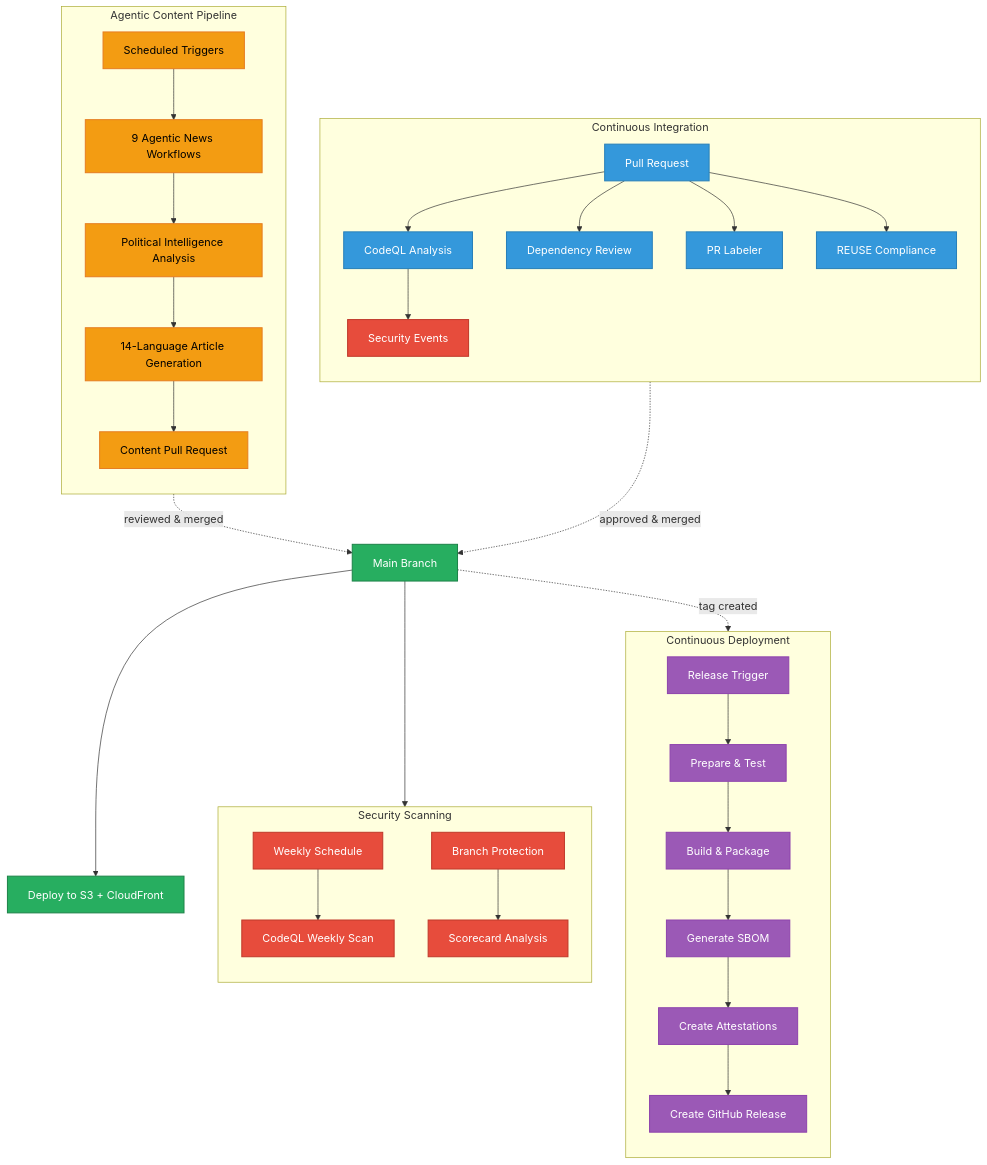
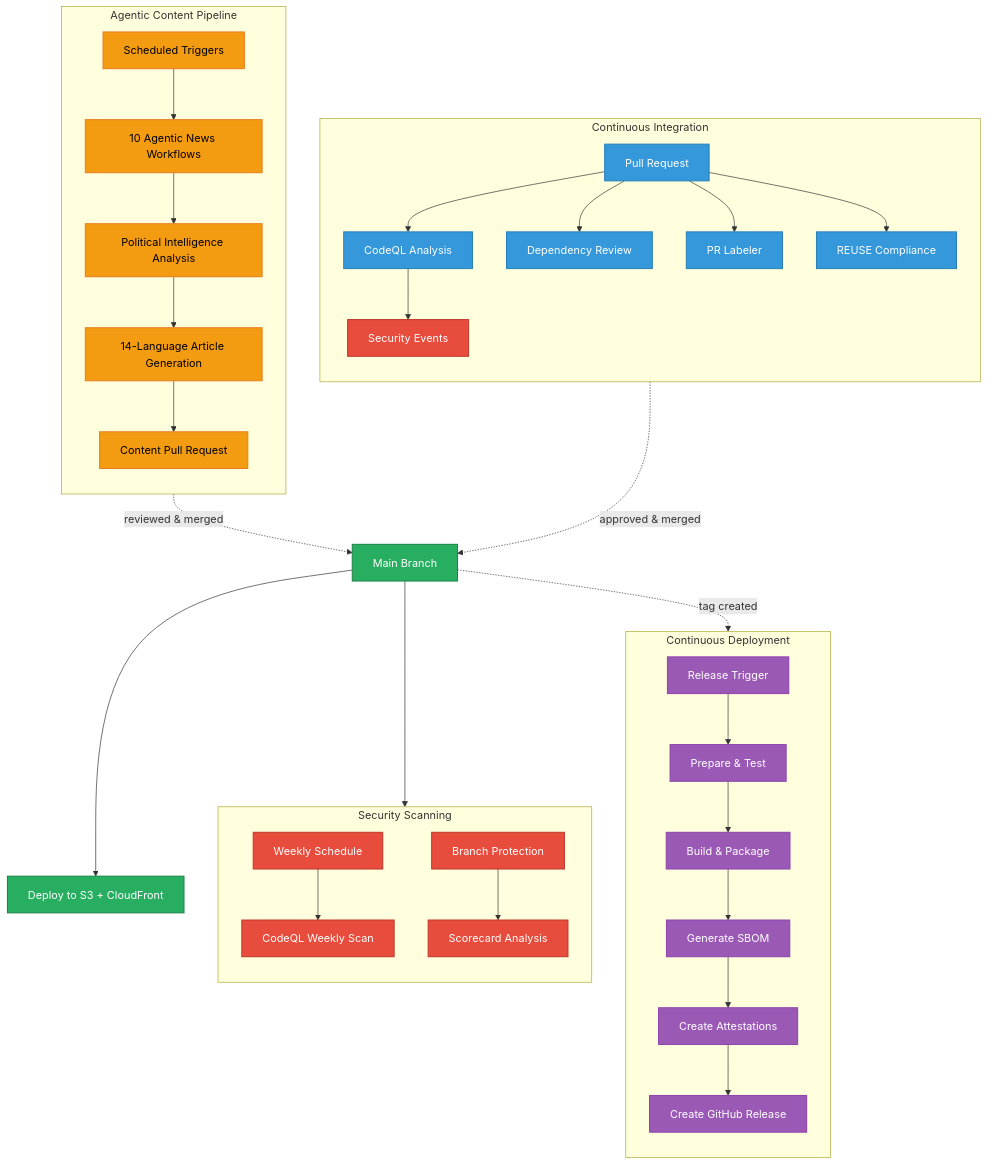
The second of 16 diagrams in WORKFLOWS.md (Hack23/euparliamentmonitor), drawn with Mermaid before and after one commit. The commit also changed other lines of this file and 1 other file, not shown here.

First line of the commit message:
fix: correct workflow counts (12 standard, 10 agentic) and clarify translation flow

````diff
--- a/WORKFLOWS.md
+++ b/WORKFLOWS.md
@@ -164,52 +164,52 @@
 ```mermaid
 flowchart TB
     subgraph "Continuous Integration"
         direction TB
         PR[Pull Request] --> CodeQLScan[CodeQL Analysis]
         PR --> DependencyReview[Dependency Review]
         PR --> Labeler[PR Labeler]
         PR --> REUSECheck[REUSE Compliance]
         CodeQLScan --> SecurityEvents[Security Events]
     end
 
     subgraph "Agentic Content Pipeline"
         direction TB
-        Schedule1[Scheduled Triggers] --> AgenticNews[9 Agentic News Workflows]
+        Schedule1[Scheduled Triggers] --> AgenticNews[10 Agentic News Workflows]
         AgenticNews --> Analysis[Political Intelligence Analysis]
         Analysis --> Articles[14-Language Article Generation]
         Articles --> ContentPR[Content Pull Request]
     end
 
     subgraph "Continuous Deployment"
         direction TB
         Release[Release Trigger] --> BuildTest[Prepare & Test]
         BuildTest --> BuildPackage[Build & Package]
         BuildPackage --> GenerateSBOM[Generate SBOM]
         GenerateSBOM --> Attestations[Create Attestations]
         Attestations --> CreateRelease[Create GitHub Release]
     end
 
     subgraph "Security Scanning"
         direction TB
         Weekly[Weekly Schedule] --> WeeklyScan[CodeQL Weekly Scan]
         BranchProtection[Branch Protection] --> Scorecard[Scorecard Analysis]
     end
 
     PR -.-> |"approved & merged"| main[Main Branch]
     ContentPR -.-> |"reviewed & merged"| main
     main --> Scorecard
     main --> DeployS3[Deploy to S3 + CloudFront]
     main -.-> |"tag created"| Release
 
     classDef trigger fill:#3498db,stroke:#2980b9,stroke-width:1.5px,color:white
     classDef process fill:#9b59b6,stroke:#8e44ad,stroke-width:1.5px,color:white
     classDef success fill:#27ae60,stroke:#1e8449,stroke-width:1.5px,color:white
     classDef decision fill:#f39c12,stroke:#e67e22,stroke-width:1.5px,color:black
     classDef security fill:#e74c3c,stroke:#c0392b,stroke-width:1.5px,color:white
 
     class PR,CodeQLScan,DependencyReview,Labeler,REUSECheck trigger
     class Release,BuildTest,BuildPackage,GenerateSBOM,Attestations,CreateRelease process
     class main,DeployS3 success
     class Schedule1,AgenticNews,Analysis,Articles,ContentPR decision
     class SecurityEvents,Weekly,WeeklyScan,BranchProtection,Scorecard security
 ```
````
